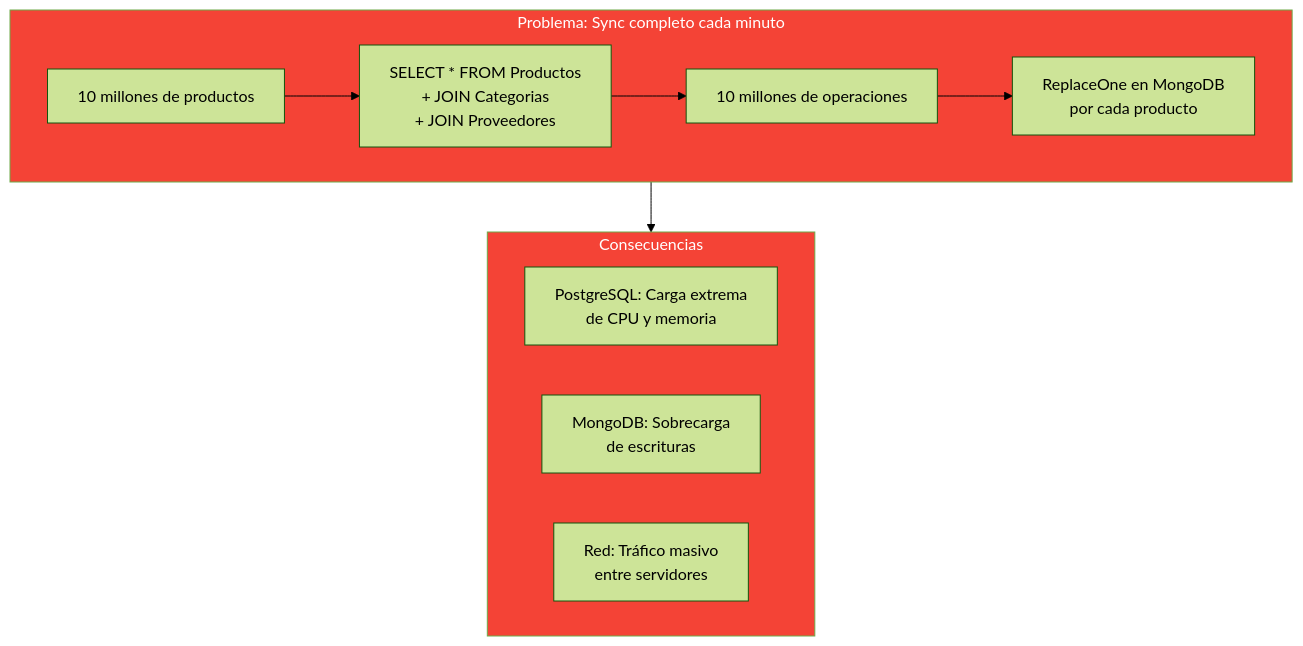
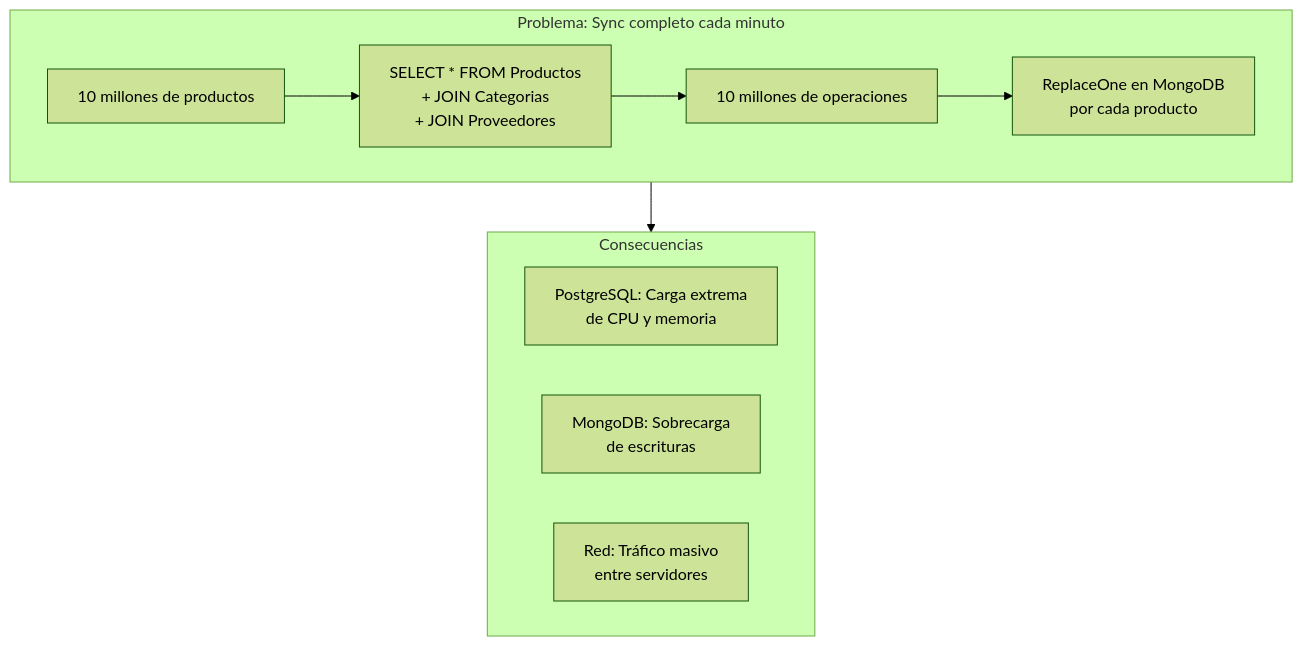
Diagram 13 of 24 in 30-cqrs-mediator.md (joseluisgs/DesarrolloWebEntornosServidor-02-2026-2027), drawn with Mermaid (forest theme) before and after one commit. The commit also changed other lines of this file and 4 other files, not shown here.

Commit message:
docs: quitar el relleno a los subgraf de los diagramas de los temas 01, 10, 11, 19 y 30

````diff
--- a/30-cqrs-mediator.md
+++ b/30-cqrs-mediator.md
@@ -904,19 +898,17 @@
 ```mermaid
 flowchart TD
     subgraph PROBLEMA["Problema: Sync completo cada minuto"]
         A["10 millones de productos"] --> B["SELECT * FROM Productos\n+ JOIN Categorias\n+ JOIN Proveedores"]
         B --> C["10 millones de operaciones"]
         C --> D["ReplaceOne en MongoDB\npor cada producto"]
     end
 
     subgraph CONSECUENCIAS["Consecuencias"]
         E["PostgreSQL: Carga extrema\nde CPU y memoria"]
         F["MongoDB: Sobrecarga\nde escrituras"]
         G["Red: Tráfico masivo\nentre servidores"]
     end
 
     PROBLEMA --> CONSECUENCIAS
 
-    style PROBLEMA fill:#f44336,color:#fff
-    style CONSECUENCIAS fill:#f44336,color:#fff
 ```
````
